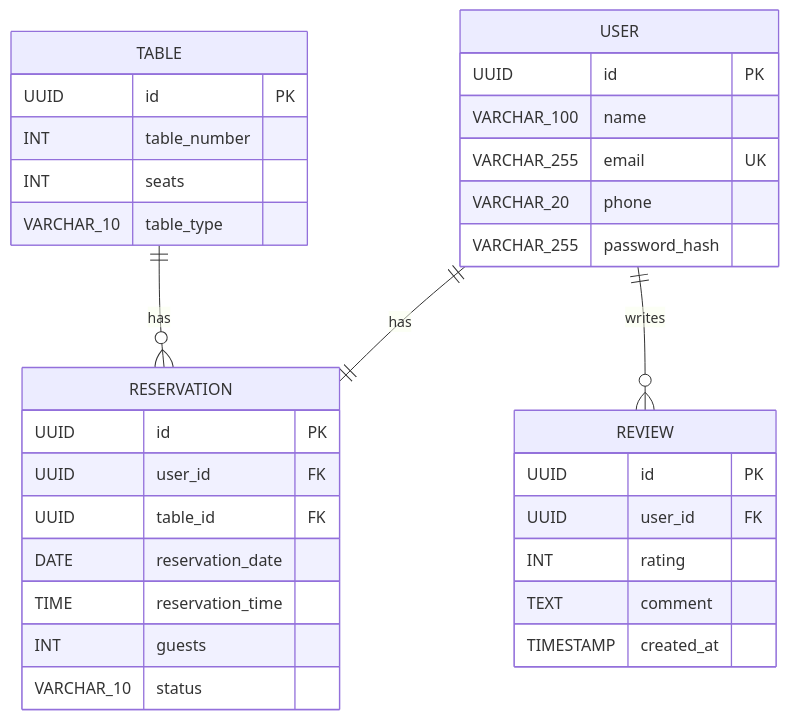
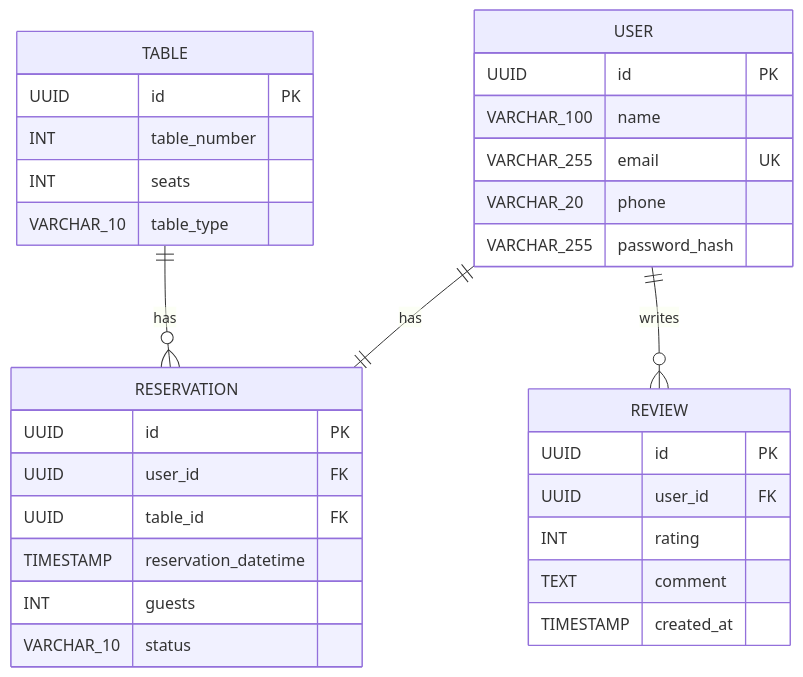
Before and after one commit to Vvvvvaleriia/Labs-KPI: the diagram in ER-model.md, drawn with Mermaid. The commit also changed 1 other file, not shown here.

Commit message:
combine reservation date and time

````diff
--- a/ER-model.md
+++ b/ER-model.md
@@ -1,40 +1,39 @@
 ```mermaid
 erDiagram
 
     USER ||--|| RESERVATION : "has"
     TABLE ||--o{ RESERVATION : "has"
     USER ||--o{ REVIEW : "writes"
 
     USER {
         UUID id PK
         VARCHAR_100 name
         VARCHAR_255 email UK
         VARCHAR_20 phone
         VARCHAR_255 password_hash
     }
 
     TABLE {
         UUID id PK
         INT table_number
         INT seats
         VARCHAR_10 table_type
     }
 
     RESERVATION {
         UUID id PK
         UUID user_id FK
         UUID table_id FK
-        DATE reservation_date
-        TIME reservation_time
+        TIMESTAMP reservation_datetime
         INT guests
         VARCHAR_10 status
     }
 
     REVIEW {
         UUID id PK
         UUID user_id FK
         INT rating
         TEXT comment
         TIMESTAMP created_at
     }
 ```
````
